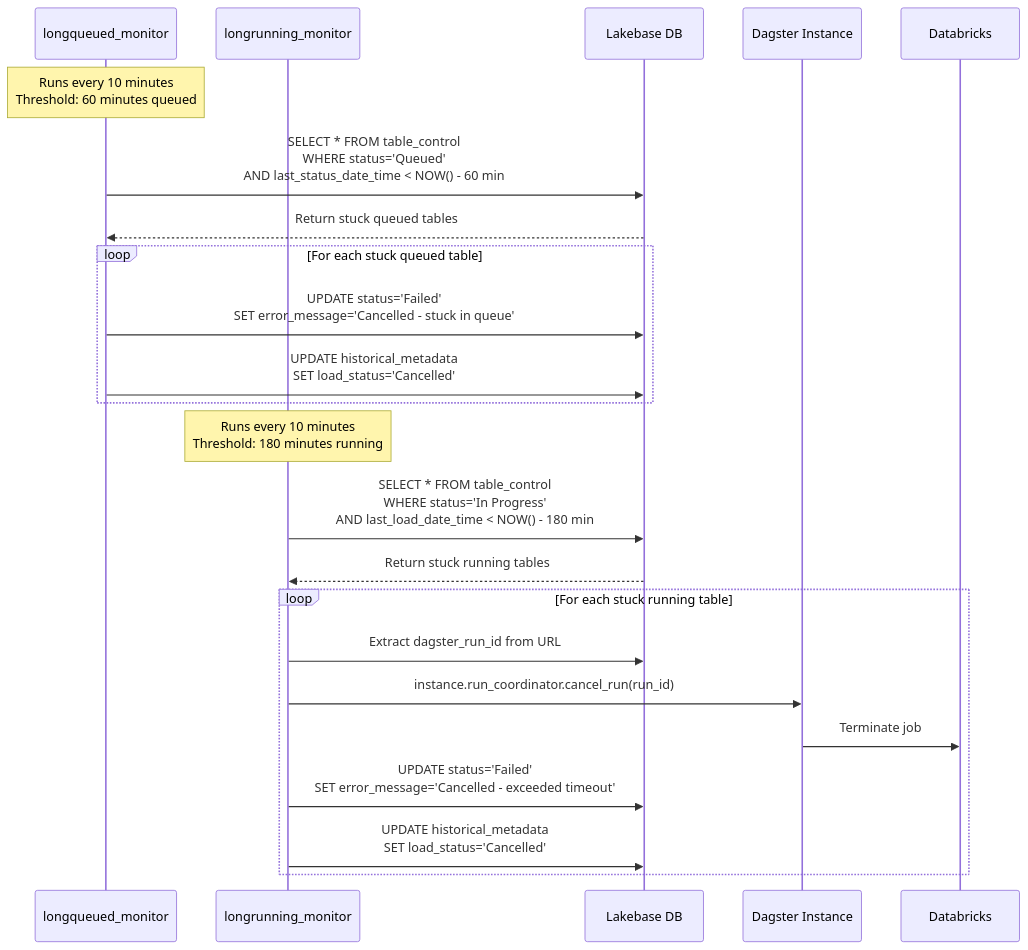
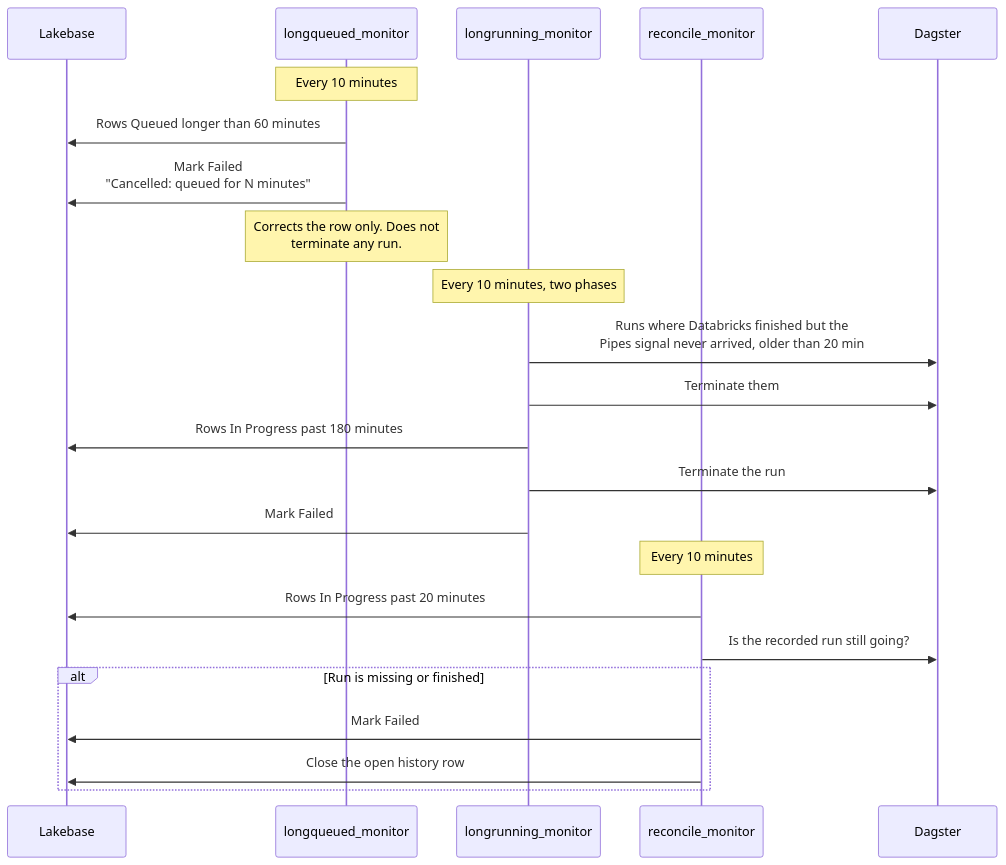
Before and after one commit to DakotaDataEng/dataloader-docs: the fifth of 5 diagrams in diagrams/03-sequence-diagrams.md, drawn with Mermaid. The commit also changed other lines of this file and 40 other files, not shown here.

````diff
--- a/diagrams/03-sequence-diagrams.md
+++ b/diagrams/03-sequence-diagrams.md
@@ -223,32 +209,28 @@
 ```mermaid
 sequenceDiagram
+    participant LB as Lakebase
     participant LQM as longqueued_monitor
     participant LRM as longrunning_monitor
-    participant Lakebase as Lakebase DB
-    participant Dagster as Dagster Instance
-    participant DBX as Databricks
+    participant RM as reconcile_monitor
+    participant DG as Dagster
 
-    Note over LQM: Runs every 10 minutes<br/>Threshold: 60 minutes queued
+    Note over LQM: Every 10 minutes
+    LQM->>LB: Rows Queued longer than 60 minutes
+    LQM->>LB: Mark Failed<br/>"Cancelled: queued for N minutes"
+    Note over LQM: Corrects the row only. Does not<br/>terminate any run.
 
-    LQM->>Lakebase: SELECT * FROM table_control<br/>WHERE status='Queued'<br/>AND last_status_date_time < NOW() - 60 min
-    Lakebase-->>LQM: Return stuck queued tables
+    Note over LRM: Every 10 minutes, two phases
+    LRM->>DG: Runs where Databricks finished but the<br/>Pipes signal never arrived, older than 20 min
+    LRM->>DG: Terminate them
+    LRM->>LB: Rows In Progress past 180 minutes
+    LRM->>DG: Terminate the run
+    LRM->>LB: Mark Failed
 
-    loop For each stuck queued table
-        LQM->>Lakebase: UPDATE status='Failed'<br/>SET error_message='Cancelled - stuck in queue'
-        LQM->>Lakebase: UPDATE historical_metadata<br/>SET load_status='Cancelled'
-    end
-
-    Note over LRM: Runs every 10 minutes<br/>Threshold: 180 minutes running
-
-    LRM->>Lakebase: SELECT * FROM table_control<br/>WHERE status='In Progress'<br/>AND last_load_date_time < NOW() - 180 min
-    Lakebase-->>LRM: Return stuck running tables
-
-    loop For each stuck running table
-        LRM->>Lakebase: Extract dagster_run_id from URL
-        LRM->>Dagster: instance.run_coordinator.cancel_run(run_id)
-        Dagster->>DBX: Terminate job
-
-        LRM->>Lakebase: UPDATE status='Failed'<br/>SET error_message='Cancelled - exceeded timeout'
-        LRM->>Lakebase: UPDATE historical_metadata<br/>SET load_status='Cancelled'
+    Note over RM: Every 10 minutes
+    RM->>LB: Rows In Progress past 20 minutes
+    RM->>DG: Is the recorded run still going?
+    alt Run is missing or finished
+        RM->>LB: Mark Failed
+        RM->>LB: Close the open history row
     end
 ```
````
